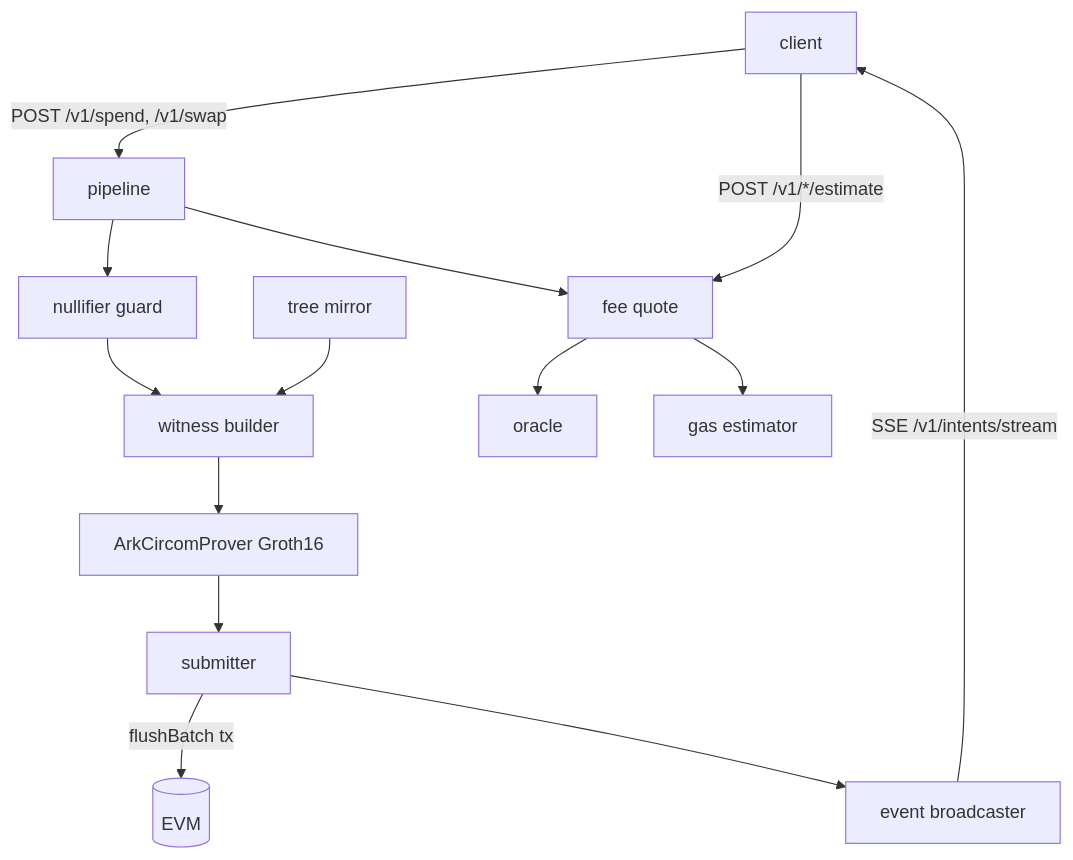
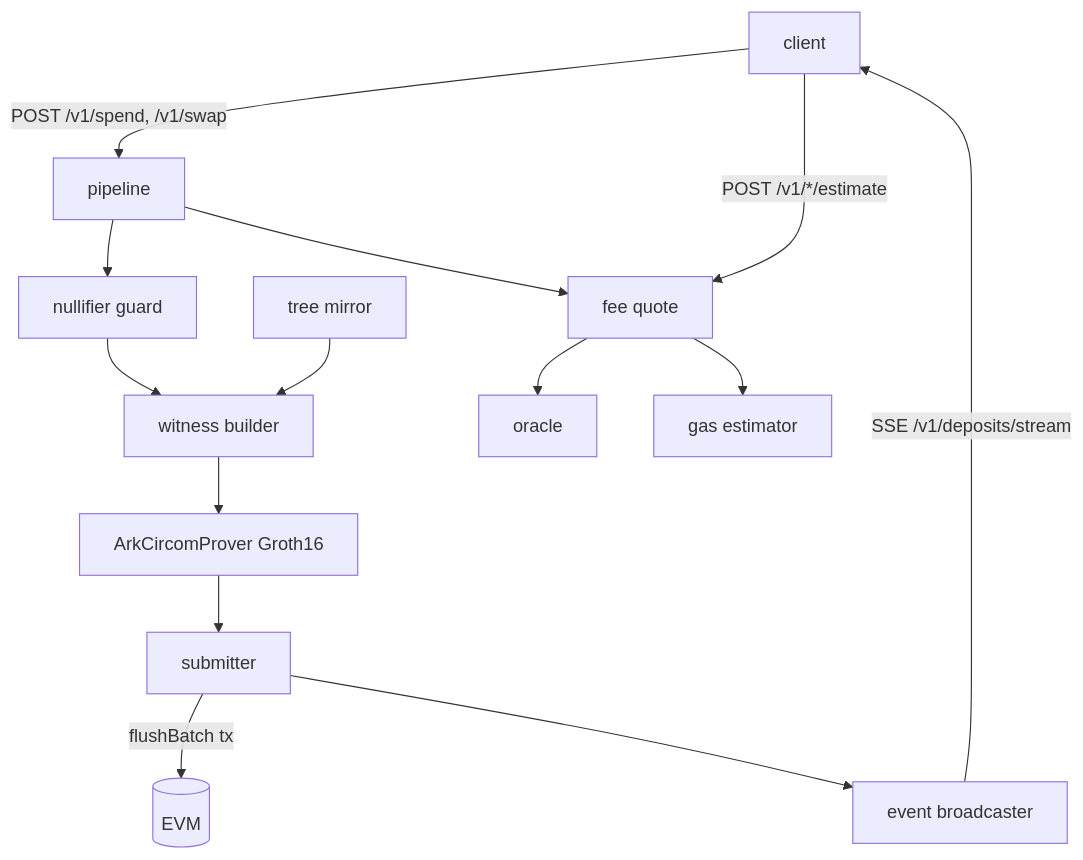
One commit to lelantos-org/backend changed the fifth of 8 diagrams in README.md. Above: the diagram before and after it, drawn with Mermaid. The commit also changed other lines of this file and 81 other files, not shown here.

````diff
--- a/README.md
+++ b/README.md
@@ -131,15 +133,15 @@
 ```mermaid
 flowchart TD
   CL[client] -->|POST /v1/spend, /v1/swap| PIPE[pipeline]
   PIPE --> NG[nullifier guard]
   NG --> W[witness builder]
   MIR[tree mirror] --> W
   W --> PR[ArkCircomProver Groth16]
   PR --> SUB[submitter]
   SUB -->|flushBatch tx| EVM[(EVM)]
   PIPE --> FQ[fee quote]
   FQ --> OR[oracle] & GE[gas estimator]
   SUB --> EV[event broadcaster]
-  EV -->|SSE /v1/intents/stream| CL
+  EV -->|SSE /v1/deposits/stream| CL
   CL -->|POST /v1/*/estimate| FQ
 ```
````
